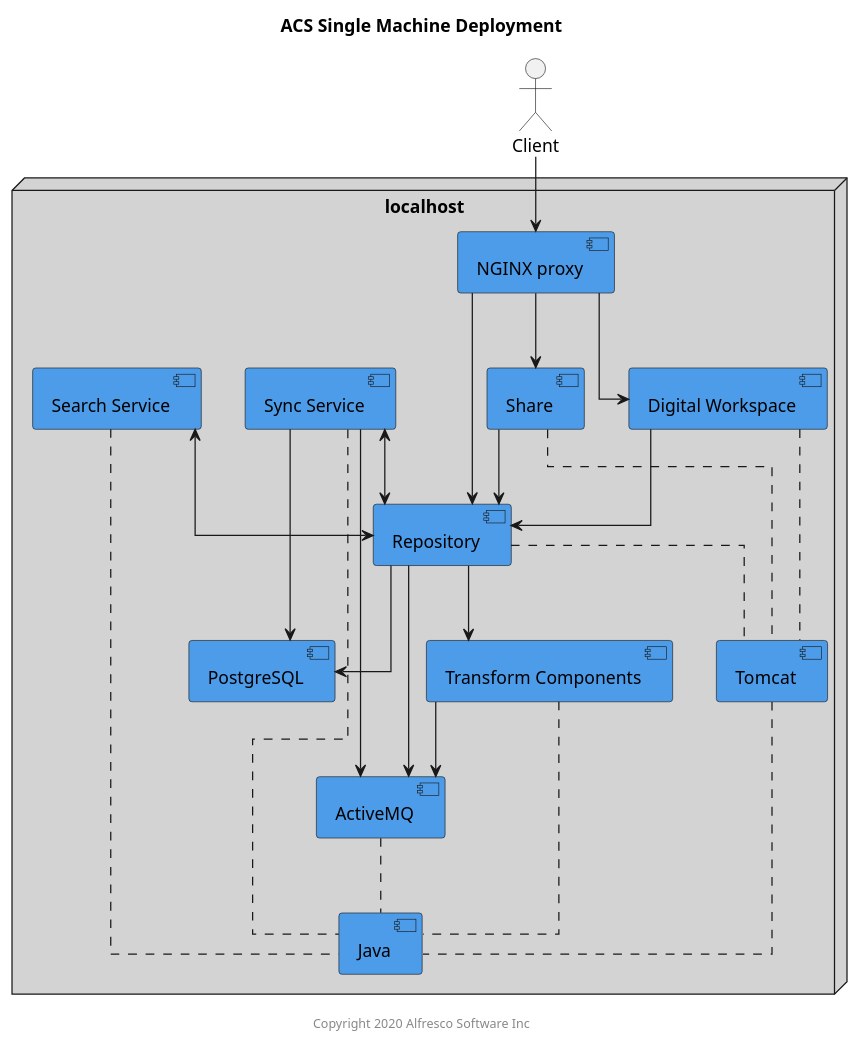
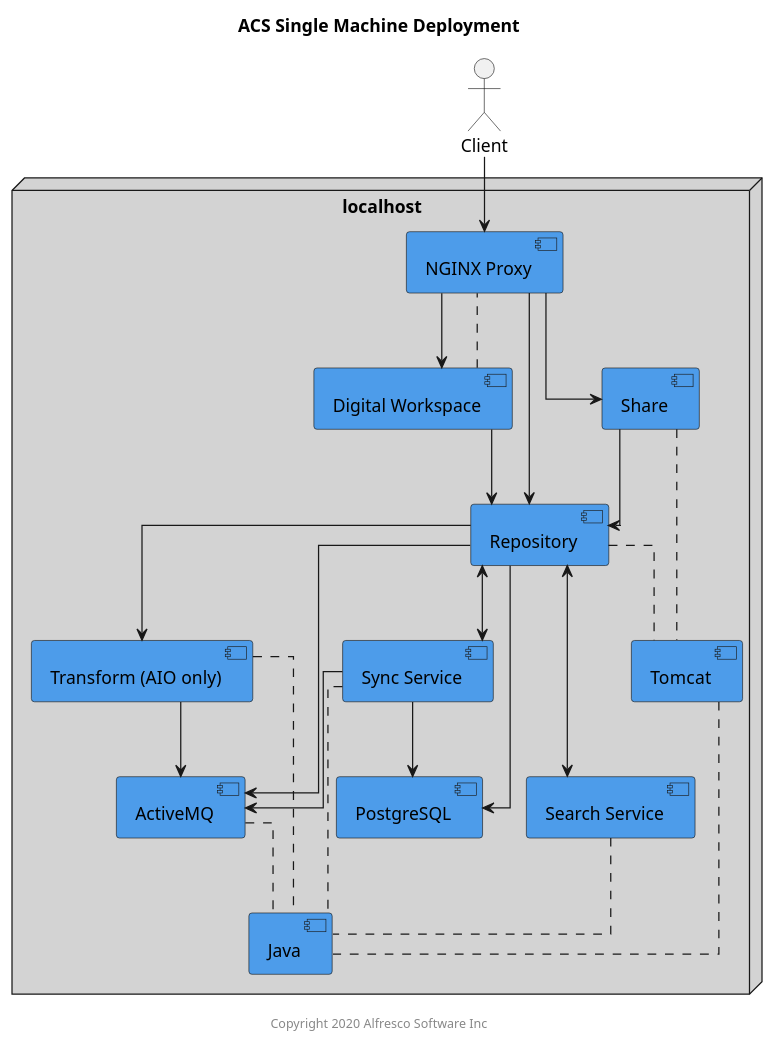
The diagram in docs/resources/acs-single-machine.puml (Alfresco/alfresco-ansible-deployment), drawn with PlantUML before and after one commit. The commit also changed 6 other files, not shown here.

Commit message:
Updated single/multi machine diagrams and added HA diagram.

```diff
--- a/docs/resources/acs-single-machine.puml
+++ b/docs/resources/acs-single-machine.puml
@@ -1,58 +1,58 @@
 @startuml
 
 Title: ACS Single Machine Deployment
 
 skinparam componentStyle uml2
 skinparam linetype ortho
 skinparam rectangle {
     BorderStyle dashed
 }
 
 actor Client
 
 node "localhost" #lightgrey {
-    component "NGINX proxy" as proxy #4d9cea
+    component "NGINX Proxy" as proxy #4d9cea
     component "Repository" as repo #4d9cea
     component "Share" as share #4d9cea
     component "Digital Workspace" as adw #4d9cea
     component "Search Service" as search #4d9cea
-    component "Transform Components" as transform #4d9cea
+    component "Transform (AIO only)" as transform #4d9cea
     component "Sync Service" as sync #4d9cea
     component "Tomcat" as tomcat  #4d9cea
     component "ActiveMQ" as amq #4d9cea
     component "Java" as java #4d9cea
     component "PostgreSQL" as psql #4d9cea
 }
 
-proxy --> repo
-proxy --> share
-proxy --> adw
-
+adw .. proxy
 repo .. tomcat
 share .. tomcat
-adw .. tomcat
 tomcat .. java
 search .. java
 transform .. java
 sync .. java
 amq .. java
 
 Client --> proxy
 
+proxy --> repo
+proxy --> share
+proxy --> adw
+
 share --> repo
 adw --> repo
 
 repo --> psql
 repo --> transform
 repo --> amq
+repo <--> search
+repo <--> sync
 
-search <--> repo
 transform --> amq
 
-sync <--> repo
 sync --> amq
 sync --> psql
 
 center footer Copyright 2020 Alfresco Software Inc
 
 @enduml
```
